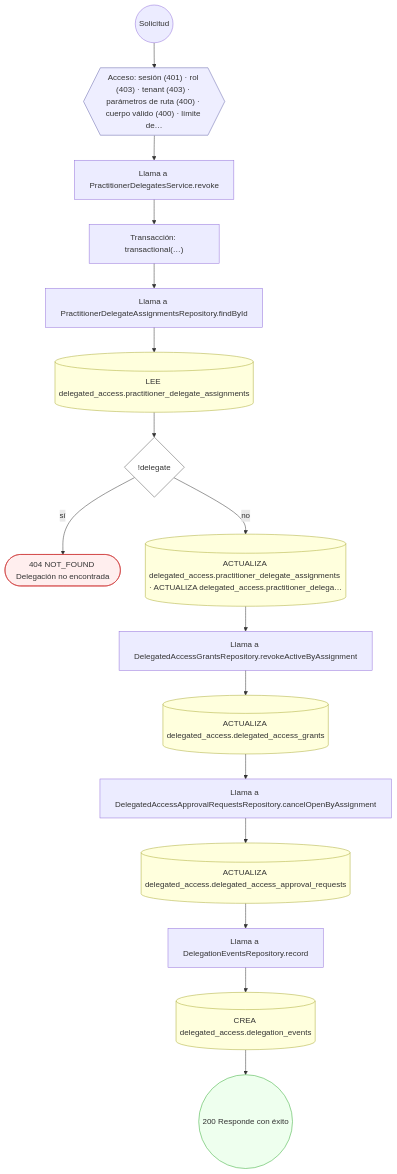
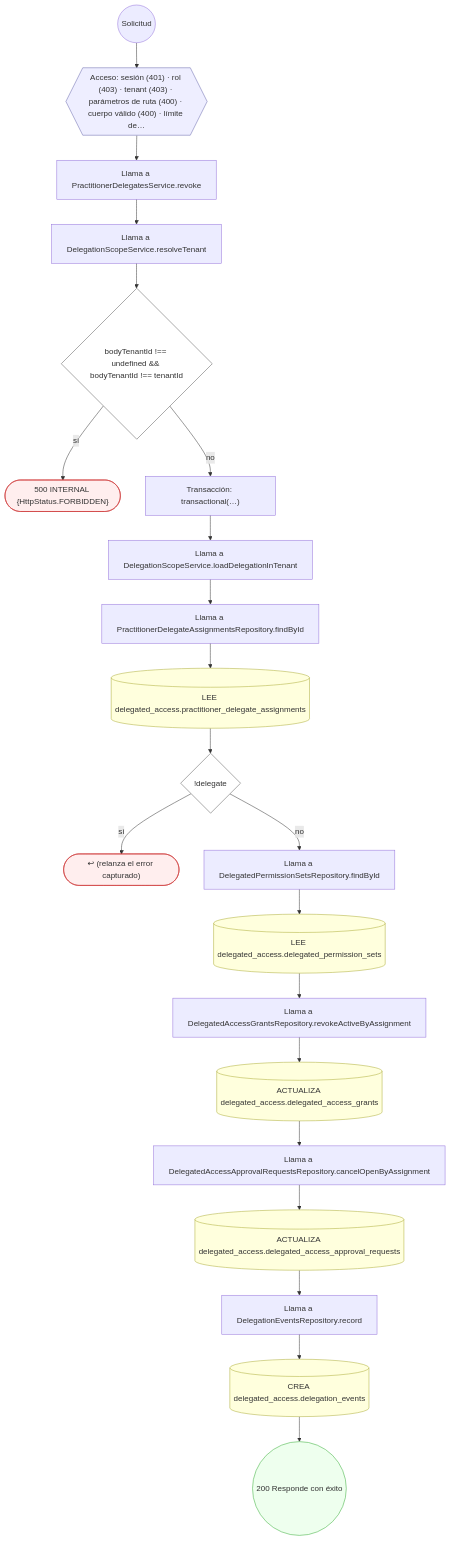
One commit to mdavila-2001/mantra-core-health-api changed diagram 12 of 12 in docs/inventario/flujos/delegated_access.md. Above: the diagram before and after it, drawn with Mermaid. The commit also changed other lines of this file and 438 other files, not shown here.

````diff
--- a/docs/inventario/flujos/delegated_access.md
+++ b/docs/inventario/flujos/delegated_access.md
@@ -768,40 +873,50 @@
 ```mermaid
 flowchart TD
   n1(("Solicitud")):::inicio
   n2{{"Acceso: sesión (401) · rol (403) · tenant (403) · parámetros de ruta (400) · cuerpo válido (400) · límite de…"}}:::acceso
   n1 --> n2
   n3["Llama a PractitionerDelegatesService.revoke"]:::llamada
   n2 --> n3
-  n4["Transacción: transactional(…)"]:::transaccion
+  n4["Llama a DelegationScopeService.resolveTenant"]:::llamada
   n3 --> n4
-  n5["Llama a PractitionerDelegateAssignmentsRepository.findById"]:::llamada
+  n5{"bodyTenantId !== undefined && bodyTenantId !== tenantId"}:::decision
   n4 --> n5
-  n6[("LEE delegated_access.practitioner_delegate_assignments")]:::efecto
-  n5 --> n6
-  n7{"!delegate"}:::decision
-  n6 --> n7
-  n8(["404 NOT_FOUND Delegación no encontrada"]):::error
-  n7 -->|"sí"| n8
-  n9[("ACTUALIZA delegated_access.practitioner_delegate_assignments · ACTUALIZA delegated_access.practitioner_delega…")]:::efecto
-  n7 -->|"no"| n9
-  n10["Llama a DelegatedAccessGrantsRepository.revokeActiveByAssignment"]:::llamada
+  n6(["500 INTERNAL {HttpStatus.FORBIDDEN}"]):::error
+  n5 -->|"sí"| n6
+  n7["Transacción: transactional(…)"]:::transaccion
+  n5 -->|"no"| n7
+  n8["Llama a DelegationScopeService.loadDelegationInTenant"]:::llamada
+  n7 --> n8
+  n9["Llama a PractitionerDelegateAssignmentsRepository.findById"]:::llamada
+  n8 --> n9
+  n10[("LEE delegated_access.practitioner_delegate_assignments")]:::efecto
   n9 --> n10
-  n11[("ACTUALIZA delegated_access.delegated_access_grants")]:::efecto
+  n11{"!delegate"}:::decision
   n10 --> n11
-  n12["Llama a DelegatedAccessApprovalRequestsRepository.cancelOpenByAssignment"]:::llamada
-  n11 --> n12
-  n13[("ACTUALIZA delegated_access.delegated_access_approval_requests")]:::efecto
-  n12 --> n13
-  n14["Llama a DelegationEventsRepository.record"]:::llamada
+  n12(["↩ (relanza el error capturado)"]):::error
+  n11 -->|"sí"| n12
+  n13["Llama a DelegatedPermissionSetsRepository.findById"]:::llamada
+  n11 -->|"no"| n13
+  n14[("LEE delegated_access.delegated_permission_sets")]:::efecto
   n13 --> n14
-  n15[("CREA delegated_access.delegation_events")]:::efecto
+  n15["Llama a DelegatedAccessGrantsRepository.revokeActiveByAssignment"]:::llamada
   n14 --> n15
-  n16(("200 Responde con éxito")):::ok
+  n16[("ACTUALIZA delegated_access.delegated_access_grants")]:::efecto
   n15 --> n16
+  n17["Llama a DelegatedAccessApprovalRequestsRepository.cancelOpenByAssignment"]:::llamada
+  n16 --> n17
+  n18[("ACTUALIZA delegated_access.delegated_access_approval_requests")]:::efecto
+  n17 --> n18
+  n19["Llama a DelegationEventsRepository.record"]:::llamada
+  n18 --> n19
+  n20[("CREA delegated_access.delegation_events")]:::efecto
+  n19 --> n20
+  n21(("200 Responde con éxito")):::ok
+  n20 --> n21
   classDef acceso fill:#eef,stroke:#66a
   classDef error fill:#fee,stroke:#c33
   classDef ok fill:#efe,stroke:#3a3
   classDef efecto fill:#ffd,stroke:#aa3
   classDef decision fill:#fff,stroke:#555
   classDef corte fill:#eee,stroke:#999,stroke-dasharray: 4
 ```
````
